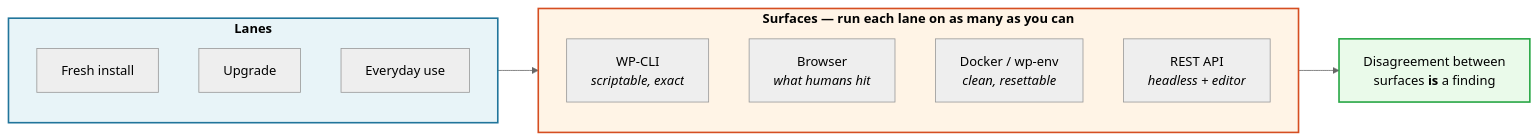
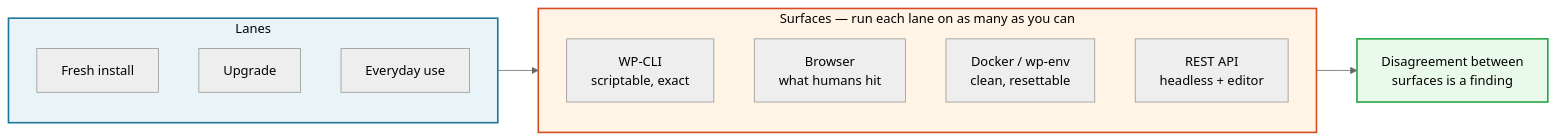
One commit to courtneyr-dev/wp-release-audit-method changed the fourth of 5 diagrams in README.md. Above: the diagram before and after it, drawn with Mermaid (neutral theme). The commit also changed other lines of this file and 4 other files, not shown here.

First line of the commit message:
🐛 Strip HTML tags from mermaid labels so GitHub will render the diagrams

````diff
--- a/README.md
+++ b/README.md
@@ -621,23 +697,23 @@
 ```mermaid
 flowchart LR
-    subgraph LANES["<b>Lanes</b>"]
+    subgraph LANES["Lanes"]
         direction TB
         L1["Fresh install"]
         L2["Upgrade"]
         L3["Everyday use"]
     end
 
-    subgraph SURF["<b>Surfaces — run each lane on as many as you can</b>"]
+    subgraph SURF["Surfaces — run each lane on as many as you can"]
         direction TB
-        S1["WP-CLI<br/><i>scriptable, exact</i>"]
-        S2["Browser<br/><i>what humans hit</i>"]
-        S3["Docker / wp-env<br/><i>clean, resettable</i>"]
-        S4["REST API<br/><i>headless + editor</i>"]
+        S1["WP-CLI<br/>scriptable, exact"]
+        S2["Browser<br/>what humans hit"]
+        S3["Docker / wp-env<br/>clean, resettable"]
+        S4["REST API<br/>headless + editor"]
     end
 
-    LANES --> SURF --> R["Disagreement between<br/>surfaces <b>is</b> a finding"]
+    LANES --> SURF --> R["Disagreement between<br/>surfaces is a finding"]
 
     style LANES fill:#e8f4f8,stroke:#21759B,stroke-width:2px,color:#000
     style SURF fill:#fff4e6,stroke:#D54E21,stroke-width:2px,color:#000
     style R fill:#eafaea,stroke:#28a745,stroke-width:2px,color:#000
 ```
````
